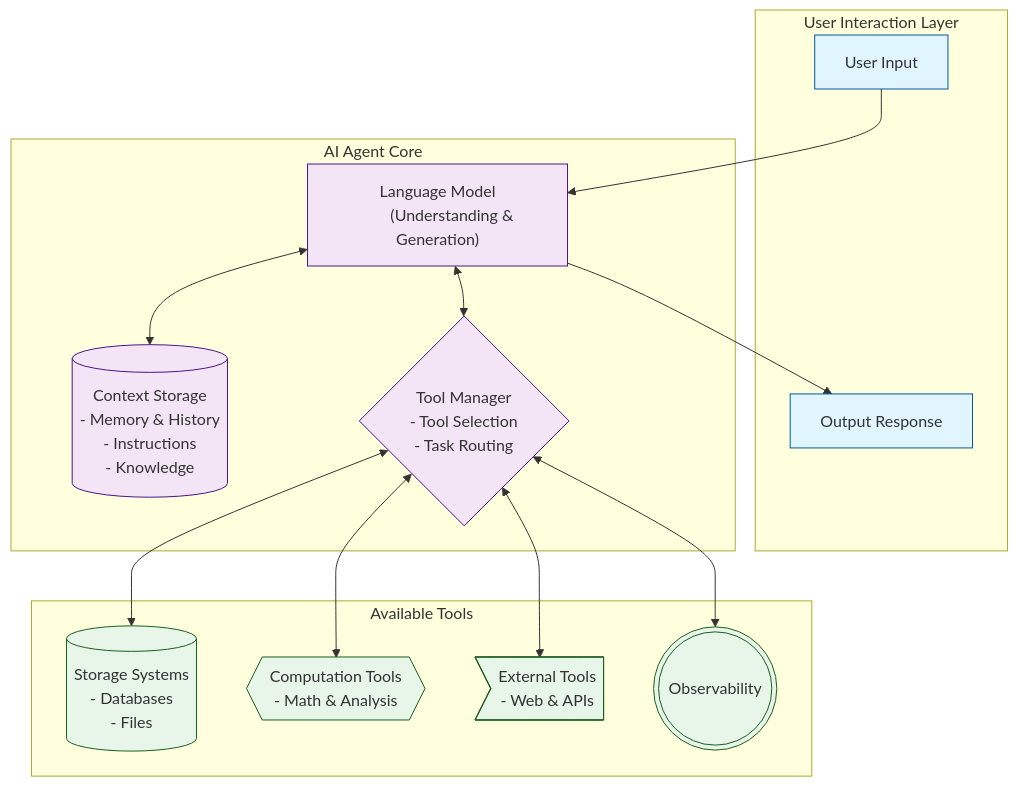
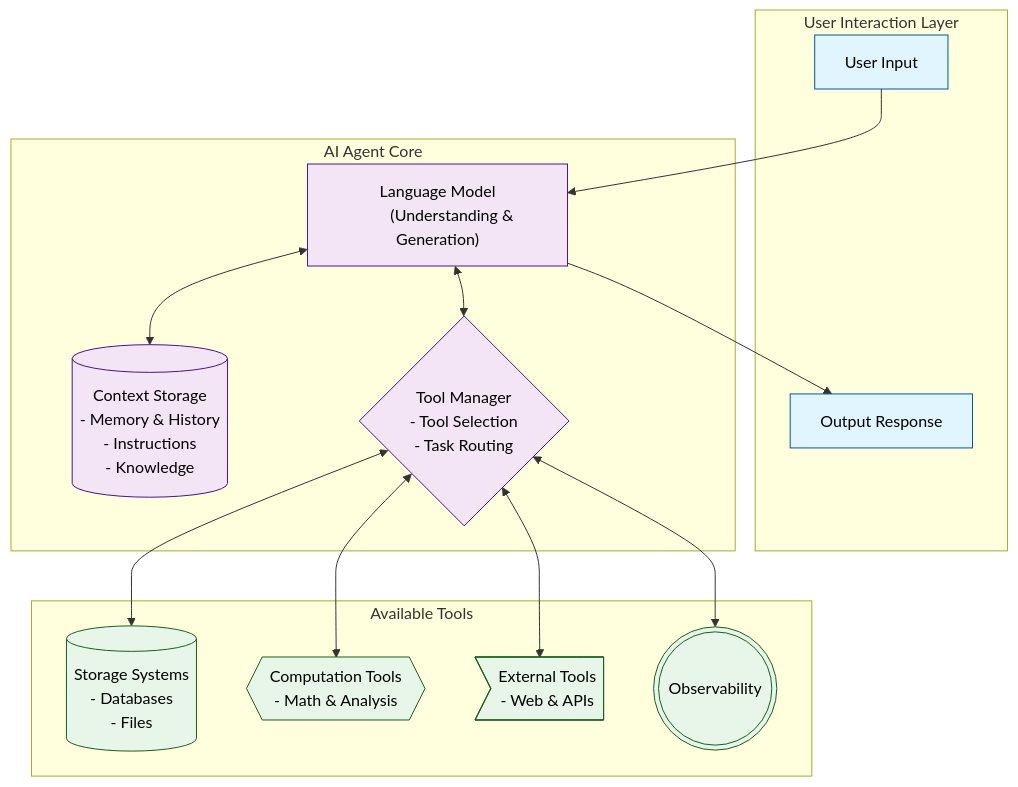
The diagram in README.md (tobalo/ai-agent-hello-world), drawn with Mermaid before and after one commit.

Commit message:
docs: make diagram color contrast better

````diff
--- a/README.md
+++ b/README.md
@@ -6,47 +6,47 @@
 ```mermaid
 flowchart TB
     subgraph User["User Interaction Layer"]
         UI[User Input]
         OR[Output Response]
     end
 
     subgraph Agent["AI Agent Core"]
         LLM["Language Model
         (Understanding & Generation)"]
         CT[(Context Storage
         - Memory & History
         - Instructions
         - Knowledge)]
         TM{"Tool Manager
         - Tool Selection
         - Task Routing"}
     end
 
     subgraph Tools["Available Tools"]
         MT[("Storage Systems
         - Databases
         - Files")]
         CT1{{Computation Tools
         - Math & Analysis}}
         ET>External Tools
         - Web & APIs]
         OB(((Observability)))
     end
 
     UI --> LLM
     LLM <--> CT
     LLM <--> TM
     TM <--> MT
     TM <--> CT1
     TM <--> ET
     TM <--> OB
     LLM --> OR
 
-    classDef primary fill:#e1f5fe,stroke:#01579b
-    classDef secondary fill:#f3e5f5,stroke:#4a148c
-    classDef tertiary fill:#e8f5e9,stroke:#1b5e20
+    classDef primary fill:#e1f5fe,stroke:#01579b,color:black
+    classDef secondary fill:#f3e5f5,stroke:#4a148c,color:black
+    classDef tertiary fill:#e8f5e9,stroke:#1b5e20,color:black
     
     class UI,OR primary
     class LLM,CT,TM secondary
     class MT,CT1,ET,OB tertiary
 ```
````
